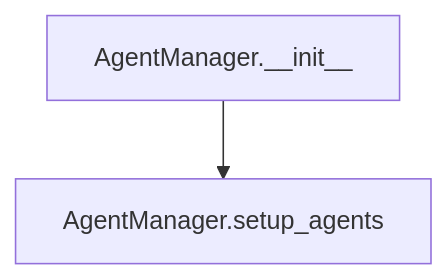
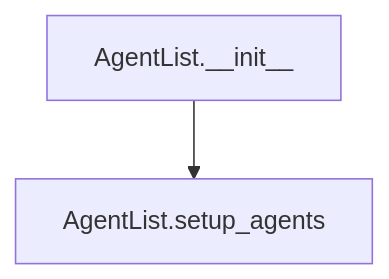
The third of 4 diagrams in docs/source/advancedtutorial/arch.md (ABM4ALL/Melodie), drawn with Mermaid before and after one commit. The commit also changed other lines of this file and 26 other files, not shown here.

````diff
--- a/docs/source/advancedtutorial/arch.md
+++ b/docs/source/advancedtutorial/arch.md
@@ -45,4 +45,4 @@
 ```mermaid
 graph TD
-init[AgentManager.__init__]-->setup_agents[AgentManager.setup_agents]
+init[AgentList.__init__]-->setup_agents[AgentList.setup_agents]
 ```
````
